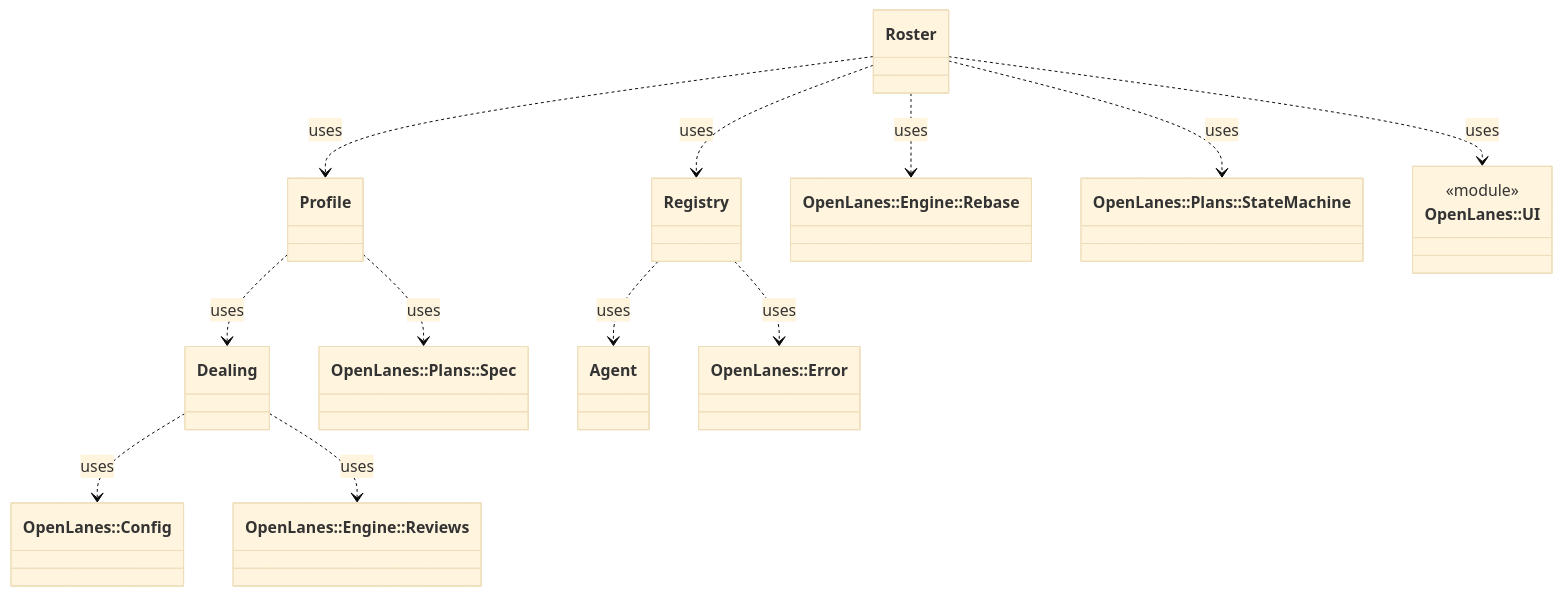
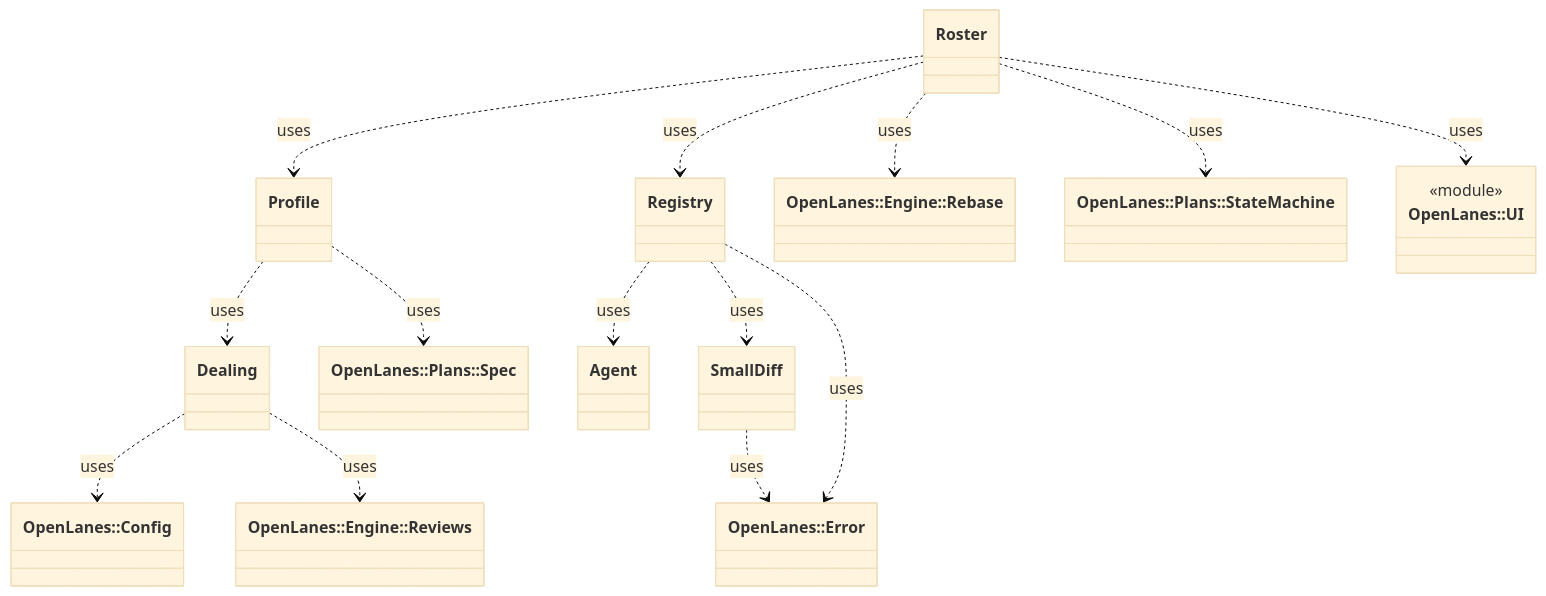
Before and after one commit to kigster/openlanes: the diagram in docs/architecture/openlanes-agents.md, drawn with Mermaid (base theme). The commit also changed 47 other files, not shown here.

````diff
--- a/docs/architecture/openlanes-agents.md
+++ b/docs/architecture/openlanes-agents.md
@@ -5,27 +5,30 @@
 ```mermaid
 classDiagram
   class OpenLanes__Agents__Agent["Agent"]
   class OpenLanes__Agents__Dealing["Dealing"]
   class OpenLanes__Agents__Profile["Profile"]
   class OpenLanes__Agents__Registry["Registry"]
   class OpenLanes__Agents__Roster["Roster"]
+  class OpenLanes__Agents__SmallDiff["SmallDiff"]
   class OpenLanes__Config["OpenLanes::Config"]
   class OpenLanes__Engine__Rebase["OpenLanes::Engine::Rebase"]
   class OpenLanes__Engine__Reviews["OpenLanes::Engine::Reviews"]
   class OpenLanes__Error["OpenLanes::Error"]
   class OpenLanes__Plans__Spec["OpenLanes::Plans::Spec"]
   class OpenLanes__Plans__StateMachine["OpenLanes::Plans::StateMachine"]
   class OpenLanes__UI["OpenLanes::UI"]
   <<module>> OpenLanes__UI
   OpenLanes__Agents__Dealing ..> OpenLanes__Config : uses
   OpenLanes__Agents__Dealing ..> OpenLanes__Engine__Reviews : uses
   OpenLanes__Agents__Profile ..> OpenLanes__Agents__Dealing : uses
   OpenLanes__Agents__Profile ..> OpenLanes__Plans__Spec : uses
   OpenLanes__Agents__Registry ..> OpenLanes__Agents__Agent : uses
+  OpenLanes__Agents__Registry ..> OpenLanes__Agents__SmallDiff : uses
   OpenLanes__Agents__Registry ..> OpenLanes__Error : uses
   OpenLanes__Agents__Roster ..> OpenLanes__Agents__Profile : uses
   OpenLanes__Agents__Roster ..> OpenLanes__Agents__Registry : uses
   OpenLanes__Agents__Roster ..> OpenLanes__Engine__Rebase : uses
   OpenLanes__Agents__Roster ..> OpenLanes__Plans__StateMachine : uses
   OpenLanes__Agents__Roster ..> OpenLanes__UI : uses
+  OpenLanes__Agents__SmallDiff ..> OpenLanes__Error : uses
 ```
````
